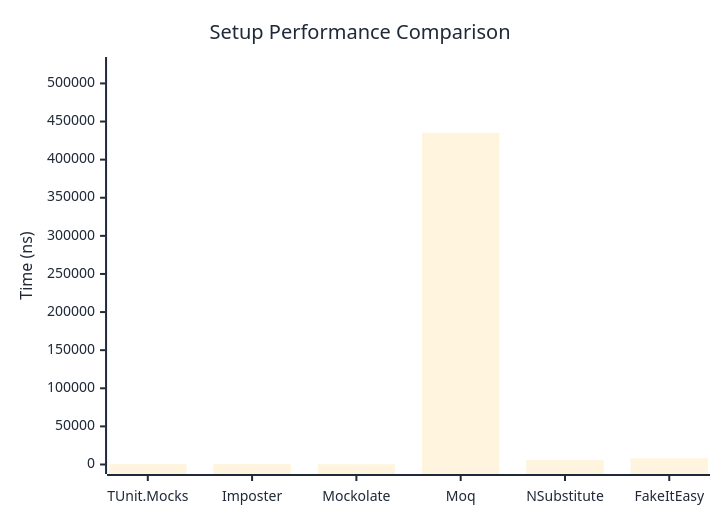
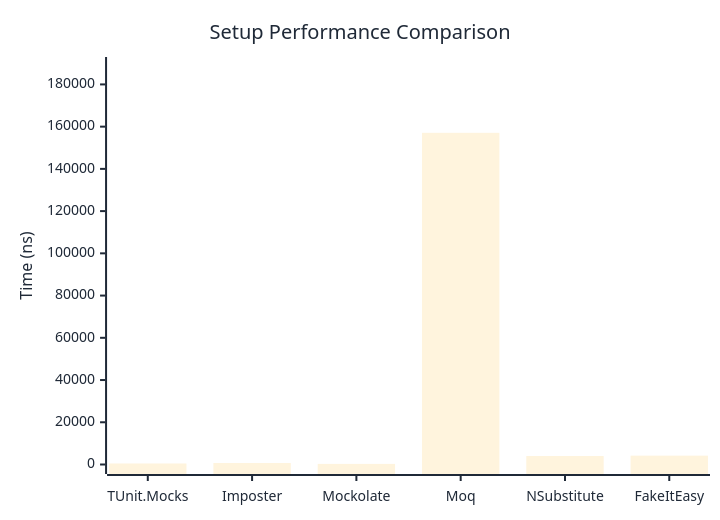
The first of 2 diagrams in docs/docs/benchmarks/mocks/Setup.md (thomhurst/TUnit), drawn with Mermaid before and after one commit. The commit also changed other lines of this file and 14 other files, not shown here.

````diff
--- a/docs/docs/benchmarks/mocks/Setup.md
+++ b/docs/docs/benchmarks/mocks/Setup.md
@@ -30,27 +30,27 @@
 ```mermaid
 %%{init: {
   'theme':'base',
   'themeVariables': {
     'primaryColor': '#2563eb',
     'primaryTextColor': '#1f2937',
     'primaryBorderColor': '#1e40af',
     'lineColor': '#6b7280',
     'secondaryColor': '#7c3aed',
     'tertiaryColor': '#dc2626',
     'background': '#ffffff',
     'pie1': '#2563eb',
     'pie2': '#7c3aed',
     'pie3': '#dc2626',
     'pie4': '#f59e0b',
     'pie5': '#10b981',
     'pie6': '#06b6d4',
     'pie7': '#ec4899',
     'pie8': '#6366f1'
   }
 }}%%
 xychart-beta
   title "Setup Performance Comparison"
   x-axis ["TUnit.Mocks", "Imposter", "Mockolate", "Moq", "NSubstitute", "FakeItEasy"]
-  y-axis "Time (ns)" 0 --> 522202
-  bar [541.1, 809.9, 316, 435168, 5888, 8276.6]
+  y-axis "Time (ns)" 0 --> 188484
+  bar [481.8, 721.6, 275.4, 157069.9, 4014.3, 4190]
 ```
````
